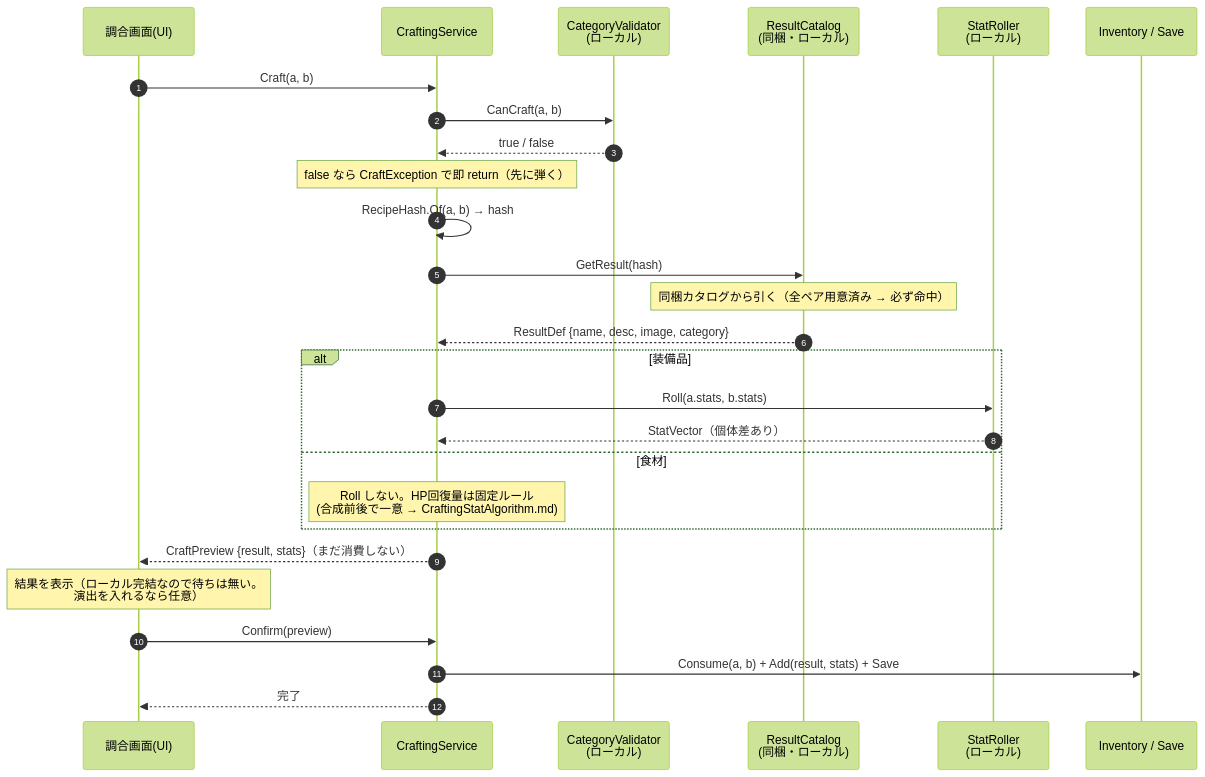
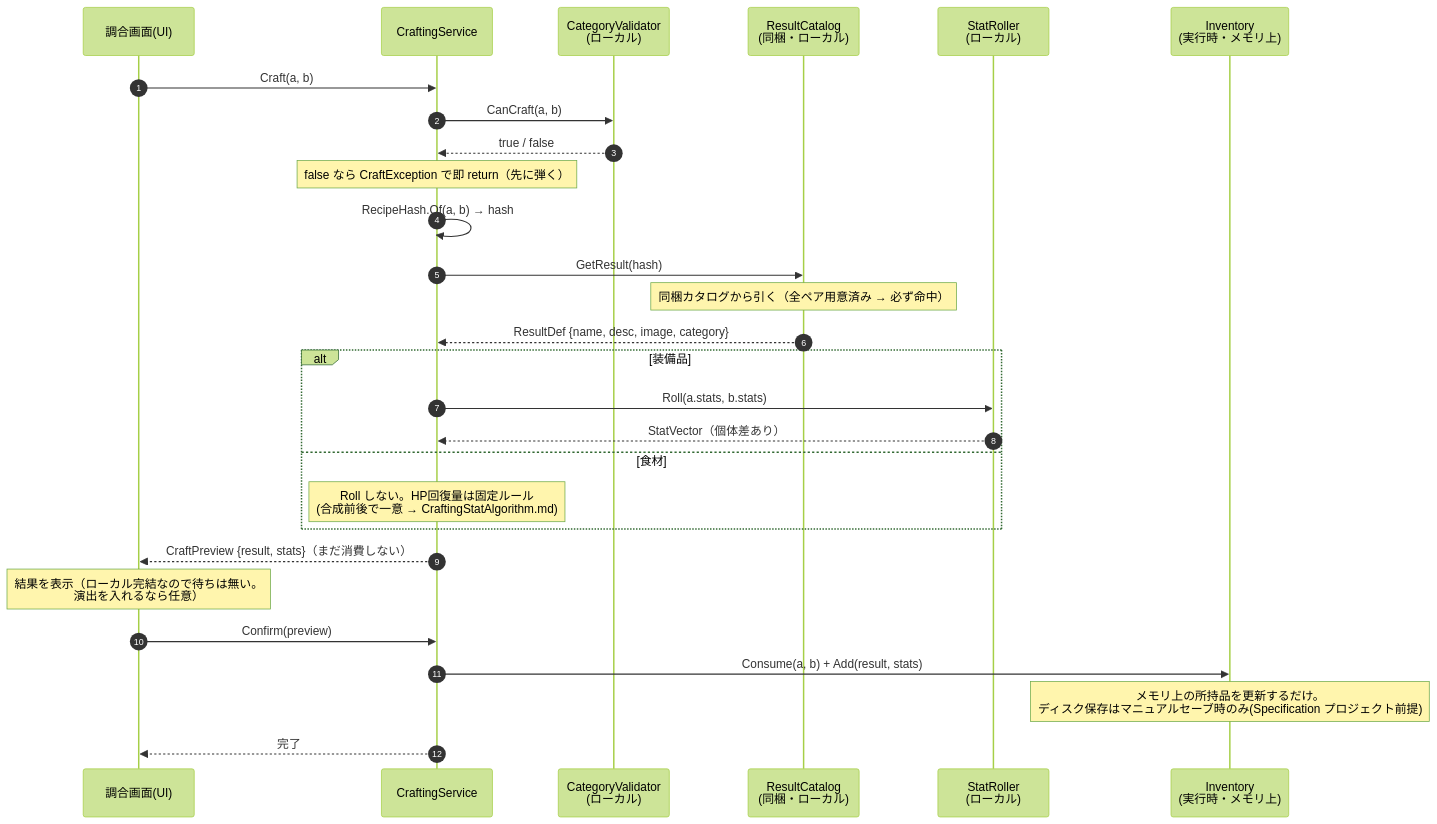
One commit to CreativeAI2026/documents changed the diagram in CraftingArchitecture.md. Above: the diagram before and after it, drawn with Mermaid (forest theme). The commit also changed other lines of this file, not shown here.

Commit message:
docs: CraftingArchitecture を更新(確定でセーブしない旨明記・参照更新)

````diff
--- a/CraftingArchitecture.md
+++ b/CraftingArchitecture.md
@@ -45,30 +37,31 @@
 ```mermaid
 sequenceDiagram
     autonumber
     participant UI as 調合画面(UI)
     participant SVC as CraftingService
     participant VAL as CategoryValidator<br/>(ローカル)
     participant CAT as ResultCatalog<br/>(同梱・ローカル)
     participant ROLL as StatRoller<br/>(ローカル)
-    participant INV as Inventory / Save
+    participant INV as Inventory<br/>(実行時・メモリ上)
 
     UI->>SVC: Craft(a, b)
     SVC->>VAL: CanCraft(a, b)
     VAL-->>SVC: true / false
     Note over SVC: false なら CraftException で即 return（先に弾く）
     SVC->>SVC: RecipeHash.Of(a, b) → hash
     SVC->>CAT: GetResult(hash)
     Note over CAT: 同梱カタログから引く（全ペア用意済み → 必ず命中）
     CAT-->>SVC: ResultDef {name, desc, image, category}
     alt 装備品
         SVC->>ROLL: Roll(a.stats, b.stats)
         ROLL-->>SVC: StatVector（個体差あり）
     else 食材
         Note over SVC: Roll しない。HP回復量は固定ルール<br/>(合成前後で一意 → CraftingStatAlgorithm.md)
     end
     SVC-->>UI: CraftPreview {result, stats}（まだ消費しない）
     Note over UI: 結果を表示（ローカル完結なので待ちは無い。<br/>演出を入れるなら任意）
     UI->>SVC: Confirm(preview)
-    SVC->>INV: Consume(a, b) + Add(result, stats) + Save
+    SVC->>INV: Consume(a, b) + Add(result, stats)
+    Note over INV: メモリ上の所持品を更新するだけ。<br/>ディスク保存はマニュアルセーブ時のみ(Specification プロジェクト前提)
     SVC-->>UI: 完了
 ```
````
